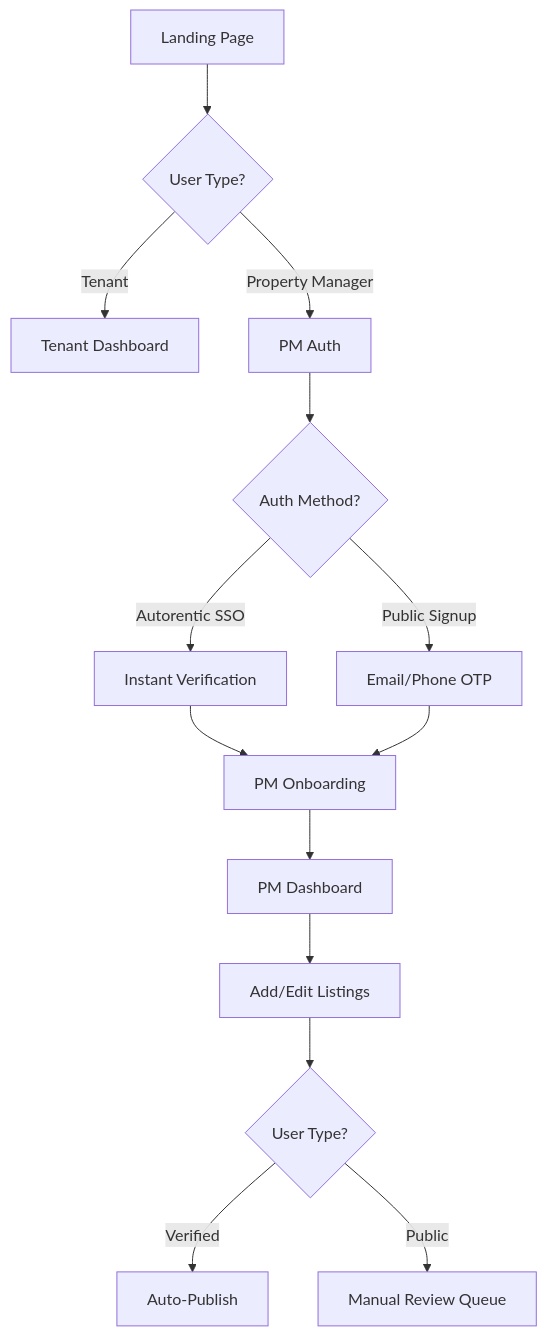
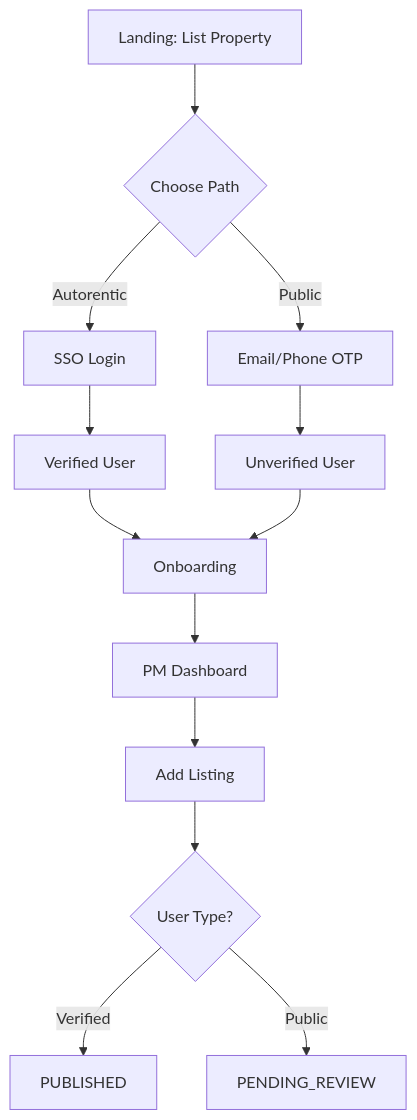
Before and after one commit to Lyanaaaaa/NgamStay: the first of 4 diagrams in tasks/property-marketplace/property-manager-flow/current.md, drawn with Mermaid. The commit also changed other lines of this file and 6 other files, not shown here.

````diff
--- a/tasks/property-marketplace/property-manager-flow/current.md
+++ b/tasks/property-marketplace/property-manager-flow/current.md
@@ -10,16 +14,15 @@
 ```mermaid
 graph TB
-    A[Landing Page] --> B{User Type?}
-    B -->|Tenant| C[Tenant Dashboard]
-    B -->|Property Manager| D[PM Auth]
-    D --> E{Auth Method?}
-    E -->|Autorentic SSO| F[Instant Verification]
-    E -->|Public Signup| G[Email/Phone OTP]
-    F --> H[PM Onboarding]
-    G --> H
-    H --> I[PM Dashboard]
-    I --> J[Add/Edit Listings]
-    J --> K{User Type?}
-    K -->|Verified| L[Auto-Publish]
-    K -->|Public| M[Manual Review Queue]
+    A[Landing: List Property] --> B{Choose Path}
+    B -->|Autorentic| C[SSO Login]
+    B -->|Public| D[Email/Phone OTP]
+    C --> E[Verified User]
+    D --> F[Unverified User]
+    E --> G[Onboarding]
+    F --> G
+    G --> H[PM Dashboard]
+    H --> I[Add Listing]
+    I --> J{User Type?}
+    J -->|Verified| K[PUBLISHED]
+    J -->|Public| L[PENDING_REVIEW]
 ```
````
